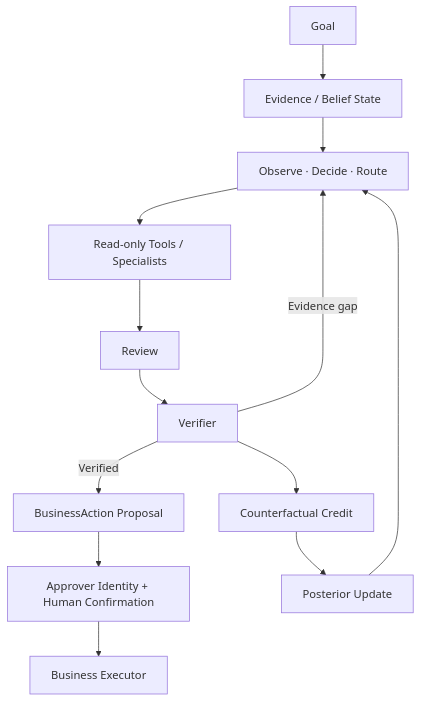
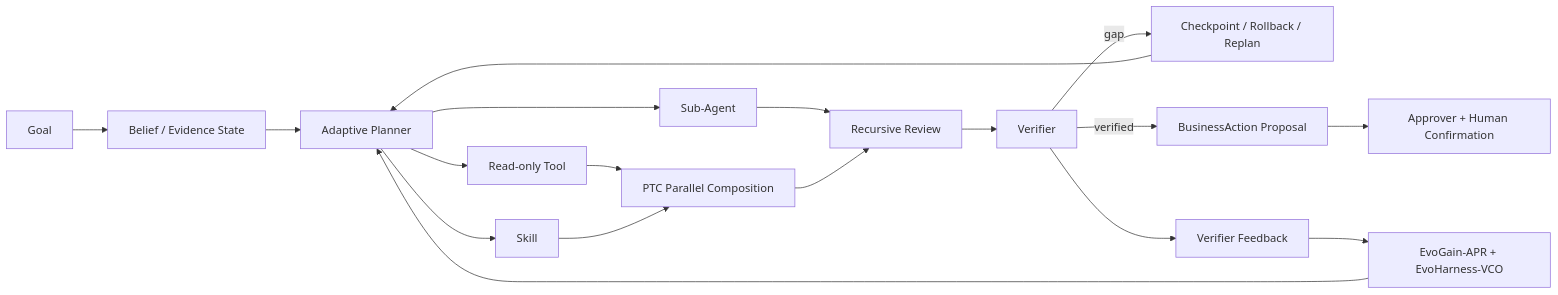
The diagram in README.md (jiaweine/EcomEvo-Harness), drawn with Mermaid before and after one commit. The commit also changed other lines of this file, not shown here.

Commit message:
Redesign README around real product captures and 2026 harness evolution

````diff
--- a/README.md
+++ b/README.md
@@ -149,15 +139,20 @@
 ```mermaid
-flowchart TD
-    G[Goal] --> E[Evidence / Belief State]
-    E --> D[Observe · Decide · Route]
-    D --> T[Read-only Tools / Specialists]
-    T --> R[Review]
+flowchart LR
+    G[Goal] --> B[Belief / Evidence State]
+    B --> P[Adaptive Planner]
+    P --> S[Skill]
+    P --> T[Read-only Tool]
+    P --> A[Sub-Agent]
+    T --> C[PTC Parallel Composition]
+    S --> C
+    A --> R[Recursive Review]
+    C --> R
     R --> V[Verifier]
-    V -->|Evidence gap| D
-    V -->|Verified| P[BusinessAction Proposal]
-    V --> C[Counterfactual Credit]
-    C --> U[Posterior Update]
-    U --> D
-    P --> A[Approver Identity + Human Confirmation]
-    A --> X[Business Executor]
+    V -->|gap| K[Checkpoint / Rollback / Replan]
+    K --> P
+    V -->|verified| Q[BusinessAction Proposal]
+    Q --> H[Approver + Human Confirmation]
+    V --> F[Verifier Feedback]
+    F --> L[EvoGain-APR + EvoHarness-VCO]
+    L --> P
 ```
````
